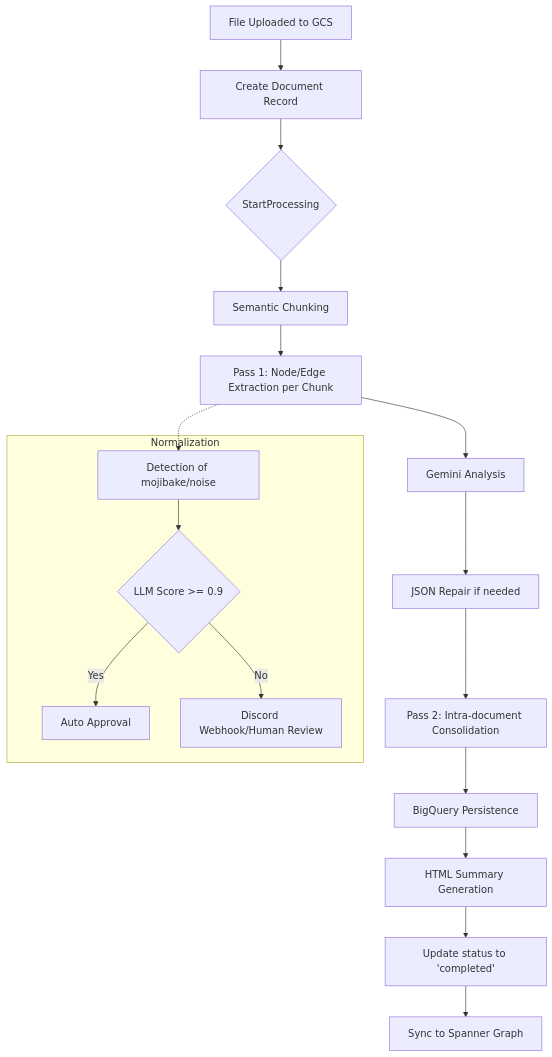
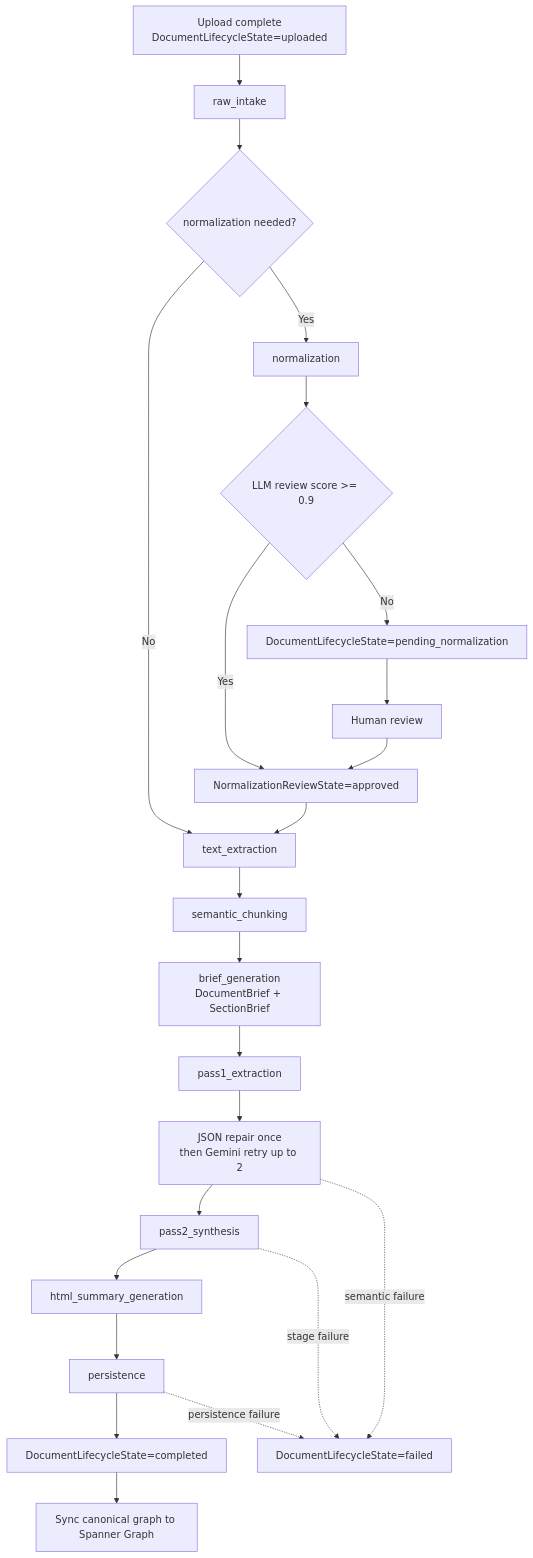
Before and after one commit to Keyhole-Koro/ActionRev: the first of 2 diagrams in initial-specs/specifications/gcp-graph-system/design/readable/ai-pipeline-flow.md, drawn with Mermaid. The commit also changed other lines of this file and 3 other files, not shown here.

Commit message:
feat: Update API specifications and flows to include new metrics and enhance document processing details

````diff
--- a/initial-specs/specifications/gcp-graph-system/design/readable/ai-pipeline-flow.md
+++ b/initial-specs/specifications/gcp-graph-system/design/readable/ai-pipeline-flow.md
@@ -3,21 +3,27 @@
 ```mermaid
 graph TD
-    A[File Uploaded to GCS] --> B[Create Document Record]
-    B --> C{StartProcessing}
-    C --> D[Semantic Chunking]
-    D --> E[Pass 1: Node/Edge Extraction per Chunk]
-    E --> F[Gemini Analysis]
-    F --> G[JSON Repair if needed]
-    G --> H[Pass 2: Intra-document Consolidation]
-    H --> I[BigQuery Persistence]
-    I --> J[HTML Summary Generation]
-    J --> K[Update status to 'completed']
-    K --> L[Sync to Spanner Graph]
+    A[Upload complete<br/>DocumentLifecycleState=uploaded] --> B[raw_intake]
+    B --> C{normalization needed?}
+    C -- No --> D[text_extraction]
+    C -- Yes --> N1[normalization]
+    N1 --> N2{LLM review score >= 0.9}
+    N2 -- Yes --> N3[NormalizationReviewState=approved]
+    N2 -- No --> N4[DocumentLifecycleState=pending_normalization]
+    N3 --> D
+    N4 --> N5[Human review]
+    N5 --> N3
 
-    subgraph "Normalization"
-        M[Detection of mojibake/noise] --> N{LLM Score >= 0.9}
-        N -- Yes --> O[Auto Approval]
-        N -- No --> P[Discord Webhook/Human Review]
-    end
-    E -.-> M
+    D --> E[semantic_chunking]
+    E --> F[brief_generation<br/>DocumentBrief + SectionBrief]
+    F --> G[pass1_extraction]
+    G --> H[JSON repair once<br/>then Gemini retry up to 2]
+    H --> I[pass2_synthesis]
+    I --> J[html_summary_generation]
+    J --> K[persistence]
+    K --> L[DocumentLifecycleState=completed]
+    L --> M[Sync canonical graph to Spanner Graph]
+
+    H -. semantic failure .-> X[DocumentLifecycleState=failed]
+    I -. stage failure .-> X
+    K -. persistence failure .-> X
 ```
````
